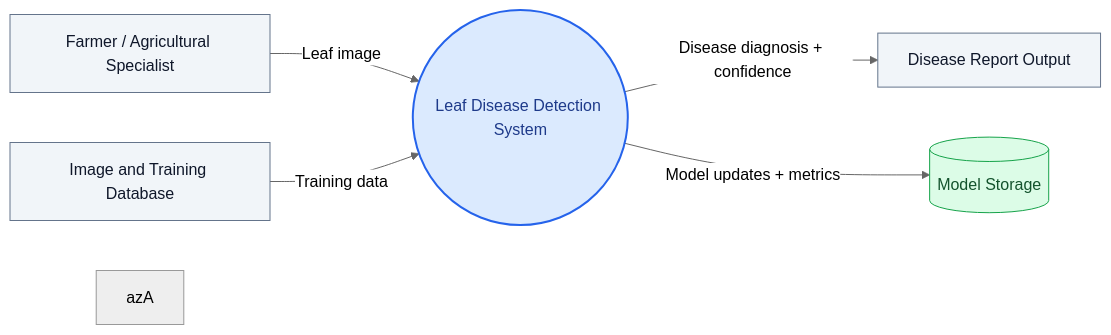
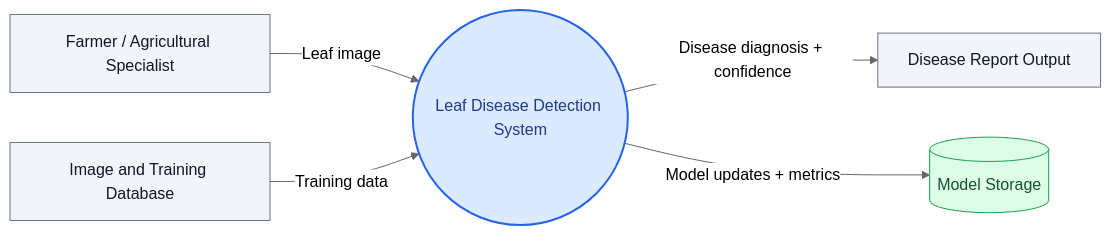
Before and after one commit to ItzSwapnil/Leaf_Disease_Detection: the diagram in docs/DFD_Level0.md, drawn with Mermaid (neutral theme). The commit also changed 45 other files, not shown here.

````diff
--- a/docs/DFD_Level0.md
+++ b/docs/DFD_Level0.md
@@ -7,21 +7,20 @@
 ```mermaid
 flowchart LR
     classDef ext fill:#f1f5f9,stroke:#64748b,color:#0f172a
     classDef core fill:#dbeafe,stroke:#2563eb,color:#1e3a8a,stroke-width:2px
     classDef store fill:#dcfce7,stroke:#16a34a,color:#14532d
 
-    USER[Farmer / Agricultural Specialist]
-    DB[Image and Training Database]
-    SYS((Leaf Disease Detection System))
-    REP[Disease Report Output]
-    MOD[(Model Storage)]
-azA 
-    USER -->|Leaf image| SYS
-    DB -->|Training data| SYS
-    SYS -->|Disease diagnosis + confidence| REP
-    SYS -->|Model updates + metrics| MOD
+    USER["Farmer / Agricultural Specialist"]
+    DB["Image and Training Database"]
+    SYS(("Leaf Disease Detection System"))
+    REP["Disease Report Output"]
+    MOD[("Model Storage")]
+    USER -->|"Leaf image"| SYS
+    DB -->|"Training data"| SYS
+    SYS -->|"Disease diagnosis + confidence"| REP
+    SYS -->|"Model updates + metrics"| MOD
 
     class USER,DB,REP ext
     class SYS core
     class MOD store
 ```
````
